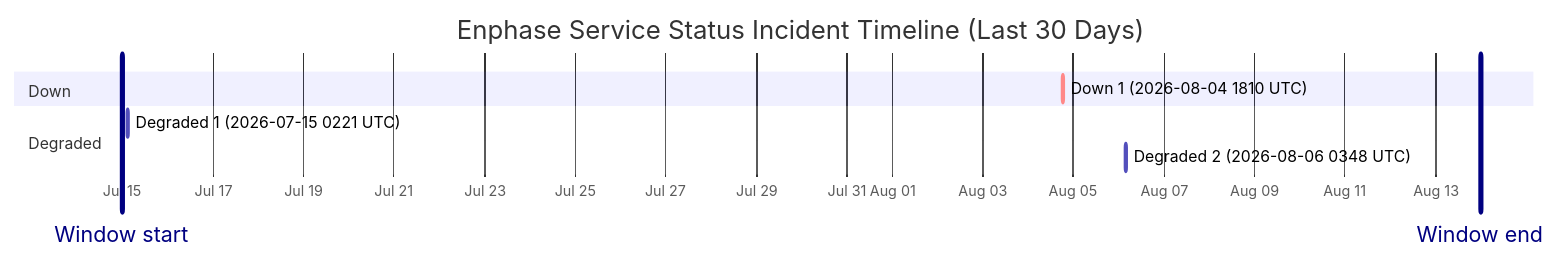
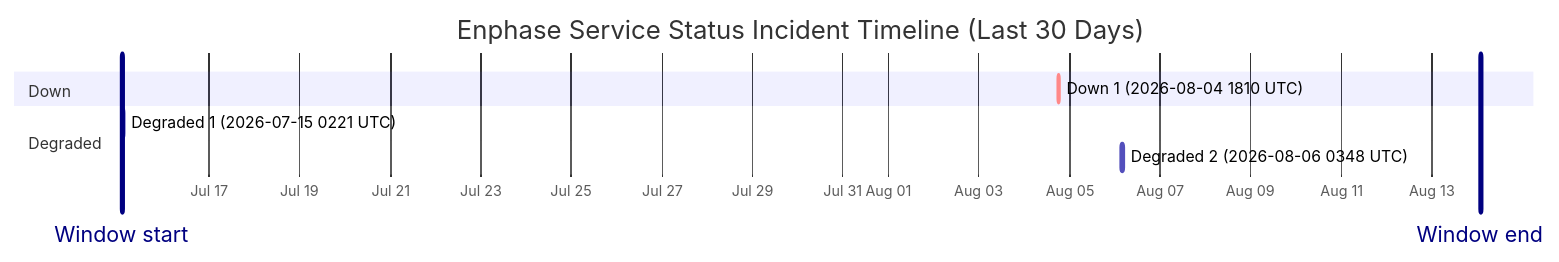
One commit to barneyonline/ha-enphase-energy changed the diagram in wiki/Service-Status-History.md. Above: the diagram before and after it, drawn with Mermaid. The commit also changed other lines of this file and 3 other files, not shown here.

````diff
--- a/wiki/Service-Status-History.md
+++ b/wiki/Service-Status-History.md
@@ -14,13 +14,13 @@
 ```mermaid
 gantt
     title Enphase Service Status Incident Timeline (Last 30 Days)
     dateFormat  YYYY-MM-DDTHH:mm:ss
     axisFormat  %b %d
-    Window start :vert, window-start, 2026-07-14T23:38:37, 0ms
-    Window end :vert, window-end, 2026-08-13T23:38:37, 0ms
+    Window start :vert, window-start, 2026-07-15T01:48:27, 0ms
+    Window end :vert, window-end, 2026-08-14T01:48:27, 0ms
     section Down
     Down 1 (2026-08-04 1810 UTC) :crit, down-1, 2026-08-04T18:10:46, 60m
     section Degraded
     Degraded 1 (2026-07-15 0221 UTC) :active, degraded-1, 2026-07-15T02:21:35, 60m
     Degraded 2 (2026-08-06 0348 UTC) :active, degraded-2, 2026-08-06T03:48:14, 60m
 ```
````
